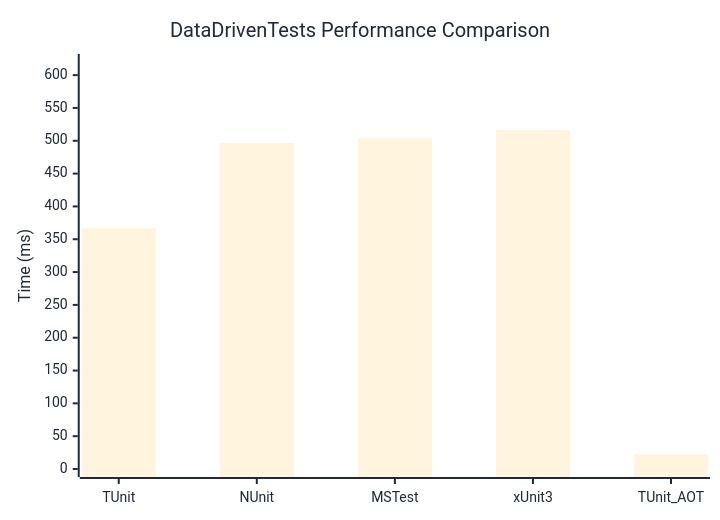
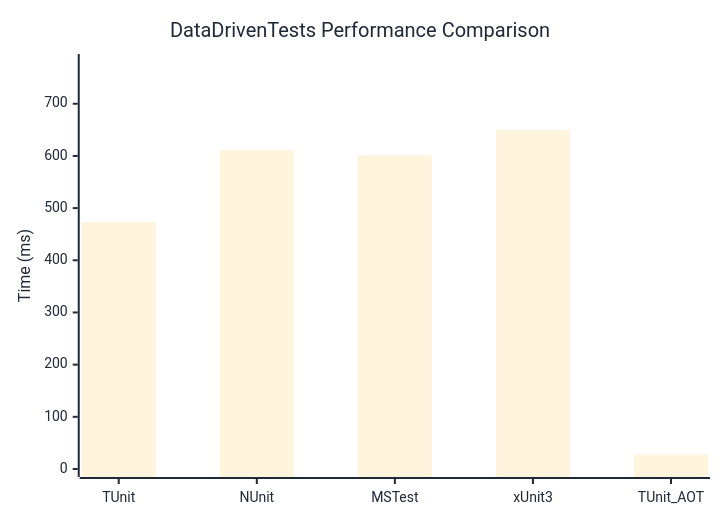
One commit to thomhurst/TUnit changed the diagram in docs/docs/benchmarks/DataDrivenTests.md. Above: the diagram before and after it, drawn with Mermaid. The commit also changed other lines of this file and 17 other files, not shown here.

````diff
--- a/docs/docs/benchmarks/DataDrivenTests.md
+++ b/docs/docs/benchmarks/DataDrivenTests.md
@@ -27,37 +27,37 @@
 ```mermaid
 %%{init: {
   'theme':'base',
   'themeVariables': {
     'primaryColor': '#2563eb',
     'primaryTextColor': '#1f2937',
     'primaryBorderColor': '#1e40af',
     'lineColor': '#6b7280',
     'secondaryColor': '#7c3aed',
     'tertiaryColor': '#dc2626',
     'background': '#ffffff',
     'mainBkg': '#2563eb',
     'secondBkg': '#7c3aed',
     'tertiaryBkg': '#dc2626',
     'clusterBkg': '#f3f4f6',
     'edgeLabelBackground': '#ffffff',
     'tertiaryTextColor': '#1f2937',
     'pie1': '#2563eb',
     'pie2': '#7c3aed',
     'pie3': '#dc2626',
     'pie4': '#f59e0b',
     'pie5': '#10b981',
     'pie6': '#06b6d4',
     'pie7': '#ec4899',
     'pie8': '#6366f1',
     'pie9': '#84cc16',
     'pie10': '#f97316',
     'pie11': '#14b8a6',
     'pie12': '#a855f7'
   }
 }}%%
 xychart-beta
   title "DataDrivenTests Performance Comparison"
   x-axis ["TUnit", "NUnit", "MSTest", "xUnit3", "TUnit_AOT"]
-  y-axis "Time (ms)" 0 --> 620
-  bar [366.65, 496.6, 503.63, 516.5, 22.37]
+  y-axis "Time (ms)" 0 --> 780
+  bar [473.28, 610.96, 600.88, 649.9, 27.96]
 ```
````
